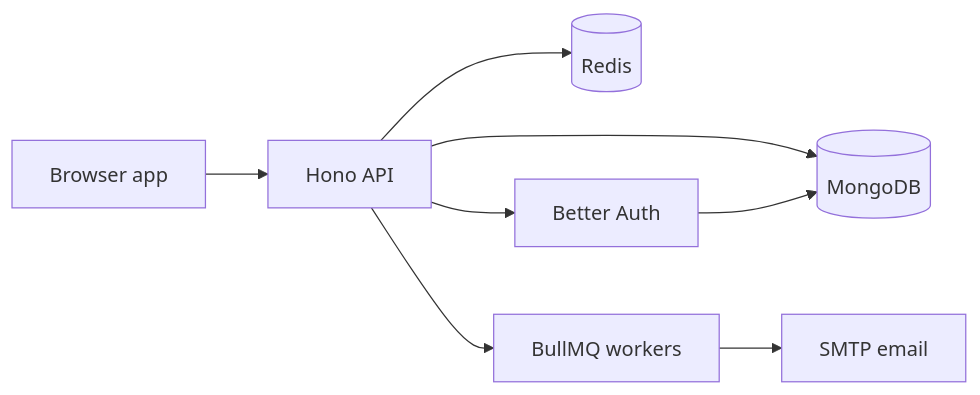
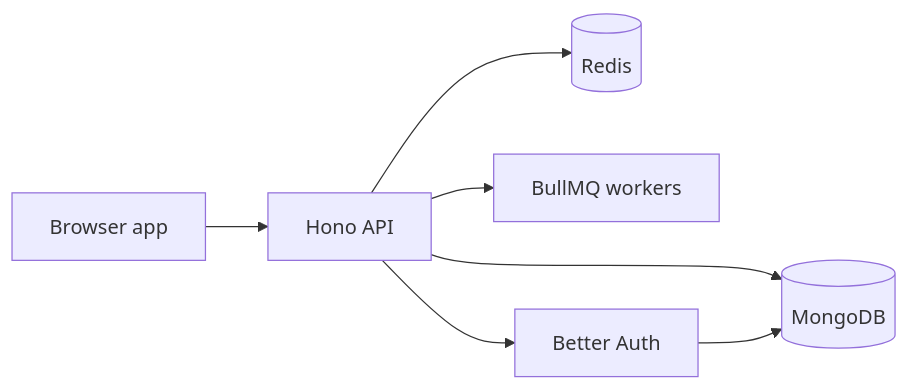
One commit to voltcrash/oxytype changed the diagram in docs/ARCHITECTURE.md. Above: the diagram before and after it, drawn with Mermaid. The commit also changed other lines of this file and 4 other files, not shown here.

````diff
--- a/docs/ARCHITECTURE.md
+++ b/docs/ARCHITECTURE.md
@@ -53,10 +53,9 @@
 ```mermaid
 flowchart LR
   Browser[Browser app] --> API[Hono API]
   API --> Mongo[(MongoDB)]
   API --> Redis[(Redis)]
   API --> Queue[BullMQ workers]
   API --> Auth[Better Auth]
   Auth --> Mongo
-  Queue --> Mail[SMTP email]
 ```
````
